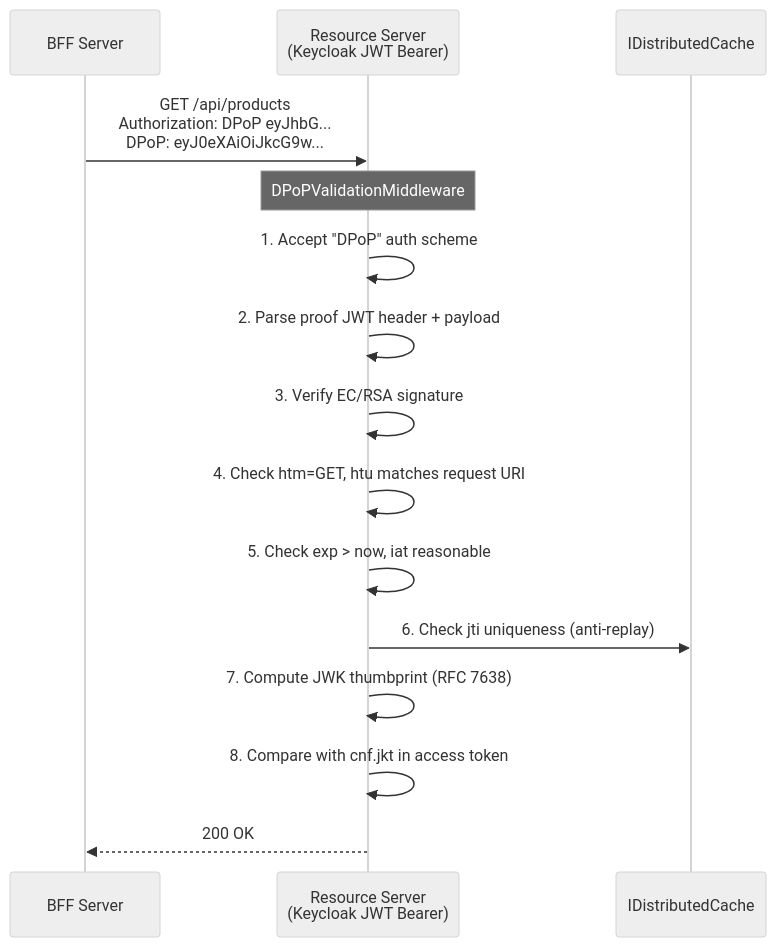
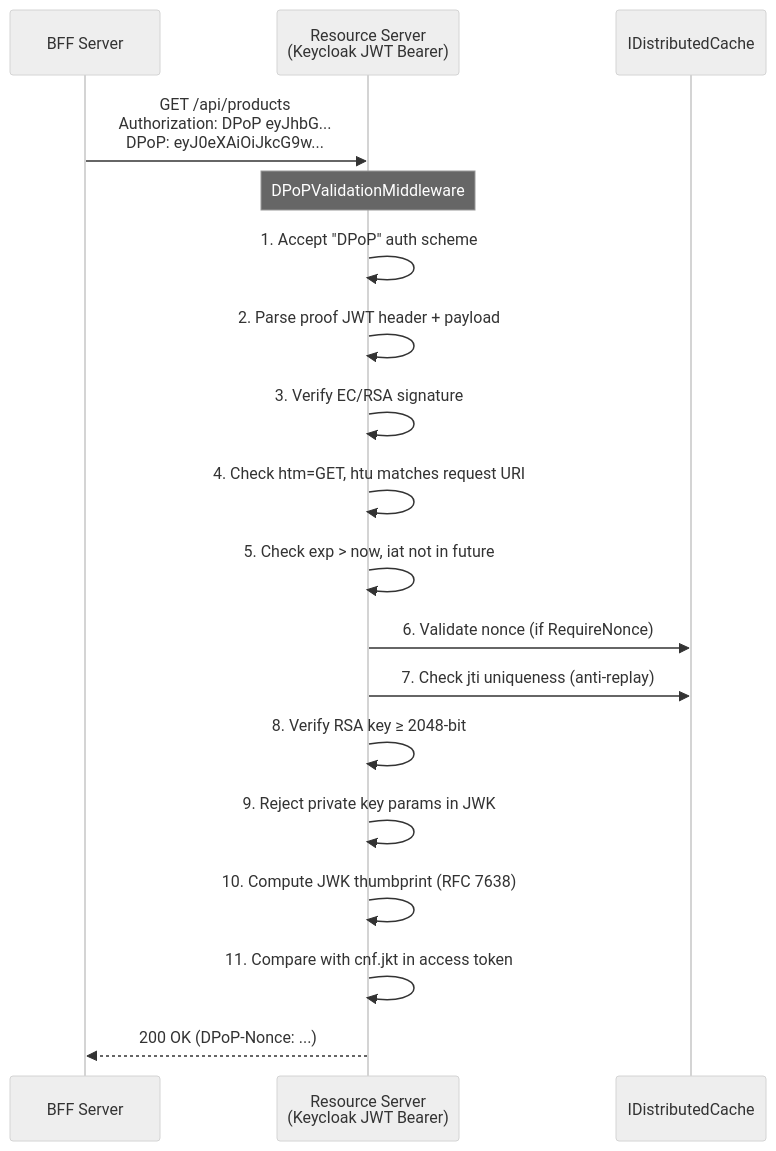
Before and after one commit to granit-fx/granit-dotnet: the diagram in docs-site/src/content/docs/dotnet/security/openiddict/advanced/dpop-resource-server-validation.mdx, drawn with Mermaid (neutral theme). The commit also changed other lines of this file and 8 other files, not shown here.

First line of the commit message:
fix(authentication): harden DPoP and API key security — 8 vulnerability fixes

````diff
--- a/docs-site/src/content/docs/dotnet/security/openiddict/advanced/dpop-resource-server-validation.mdx
+++ b/docs-site/src/content/docs/dotnet/security/openiddict/advanced/dpop-resource-server-validation.mdx
@@ -34,20 +34,23 @@
 ```mermaid
 sequenceDiagram
     participant BFF as BFF Server
     participant API as Resource Server<br/>(Keycloak JWT Bearer)
     participant Cache as IDistributedCache
 
     BFF->>API: GET /api/products<br/>Authorization: DPoP eyJhbG...<br/>DPoP: eyJ0eXAiOiJkcG9w...
 
     Note over API: DPoPValidationMiddleware
     API->>API: 1. Accept "DPoP" auth scheme
     API->>API: 2. Parse proof JWT header + payload
     API->>API: 3. Verify EC/RSA signature
     API->>API: 4. Check htm=GET, htu matches request URI
-    API->>API: 5. Check exp > now, iat reasonable
-    API->>Cache: 6. Check jti uniqueness (anti-replay)
-    API->>API: 7. Compute JWK thumbprint (RFC 7638)
-    API->>API: 8. Compare with cnf.jkt in access token
+    API->>API: 5. Check exp > now, iat not in future
+    API->>Cache: 6. Validate nonce (if RequireNonce)
+    API->>Cache: 7. Check jti uniqueness (anti-replay)
+    API->>API: 8. Verify RSA key ≥ 2048-bit
+    API->>API: 9. Reject private key params in JWK
+    API->>API: 10. Compute JWK thumbprint (RFC 7638)
+    API->>API: 11. Compare with cnf.jkt in access token
 
-    API-->>BFF: 200 OK
+    API-->>BFF: 200 OK (DPoP-Nonce: ...)
 ```
````
